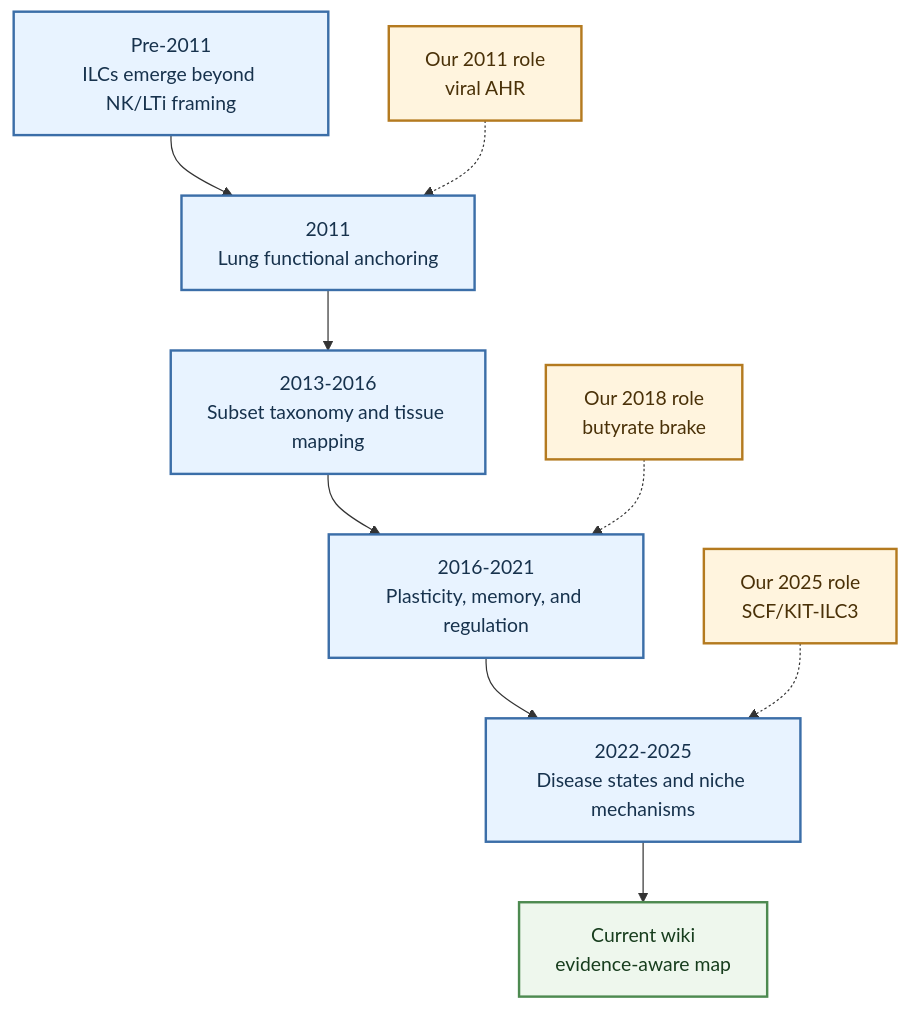
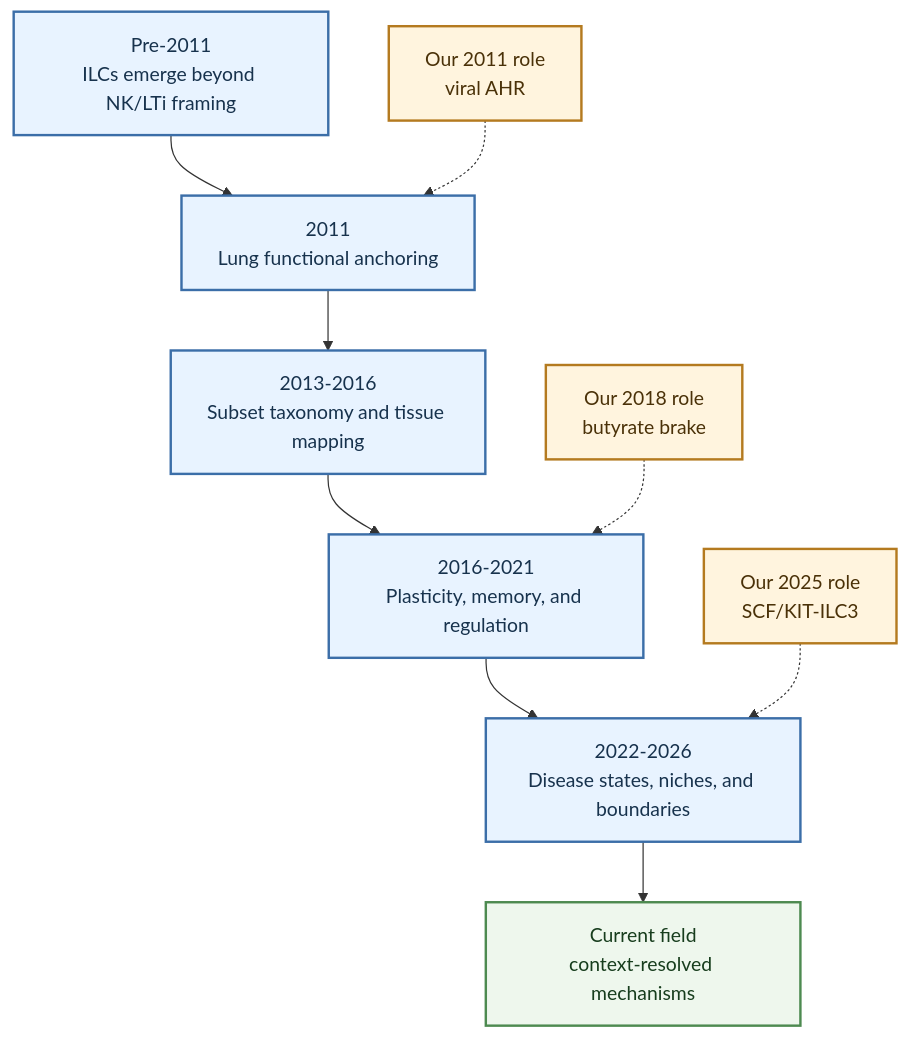
One commit to shao1116/ILC-Wiki changed the diagram in wiki/digests/2026-04-20_ILC_research_trend_then_to_now.md. Above: the diagram before and after it, drawn with Mermaid. The commit also changed other lines of this file and 19 other files, not shown here.

````diff
--- a/wiki/digests/2026-04-20_ILC_research_trend_then_to_now.md
+++ b/wiki/digests/2026-04-20_ILC_research_trend_then_to_now.md
@@ -26,23 +25,23 @@
 ```mermaid
 flowchart TB
     accTitle: ILC Knowledge Evolution
-    accDescr: Vertical timeline showing how ILC research evolved from discovery into lung functional biology, subset taxonomy, plasticity, niche mechanisms, and the current evidence-aware wiki model.
+    accDescr: Vertical timeline showing how ILC research evolved from discovery into lung functional biology, subset taxonomy, plasticity, niche mechanisms, and boundary-aware disease biology.
 
     A["Pre-2011<br/>ILCs emerge beyond NK/LTi framing"] --> B["2011<br/>Lung functional anchoring"]
     B --> C["2013-2016<br/>Subset taxonomy and tissue mapping"]
     C --> D["2016-2021<br/>Plasticity, memory, and regulation"]
-    D --> E["2022-2025<br/>Disease states and niche mechanisms"]
-    E --> F["Current wiki<br/>evidence-aware map"]
+    D --> E["2022-2026<br/>Disease states, niches, and boundaries"]
+    E --> F["Current field<br/>context-resolved mechanisms"]
 
     R1["Our 2011 role<br/>viral AHR"] -.-> B
     R2["Our 2018 role<br/>butyrate brake"] -.-> D
     R3["Our 2025 role<br/>SCF/KIT-ILC3"] -.-> E
 
     classDef era fill:#e8f3ff,stroke:#3b6ea8,stroke-width:2px,color:#17324d
     classDef current fill:#eef7ed,stroke:#4d8a50,stroke-width:2px,color:#173d1d
     classDef our_work fill:#fff4de,stroke:#b47a1f,stroke-width:2px,color:#4a3108
 
     class A,B,C,D,E era
     class F current
     class R1,R2,R3 our_work
 ```
````
